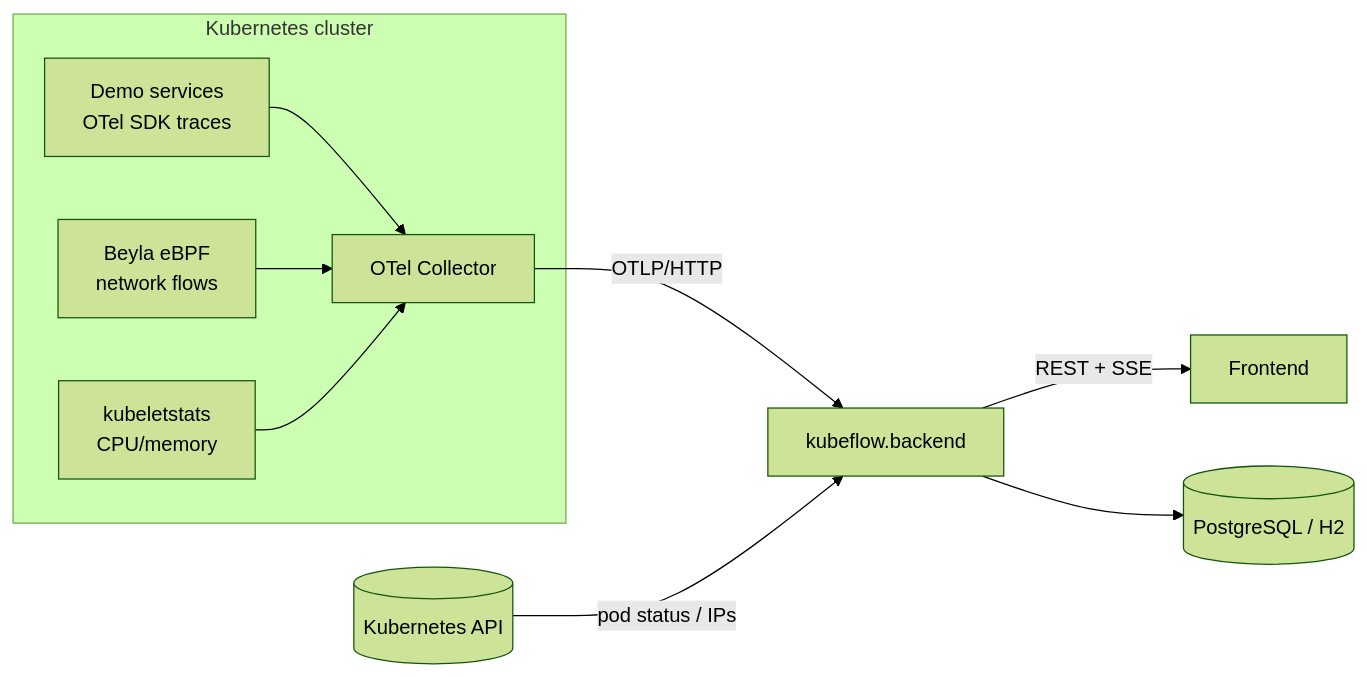
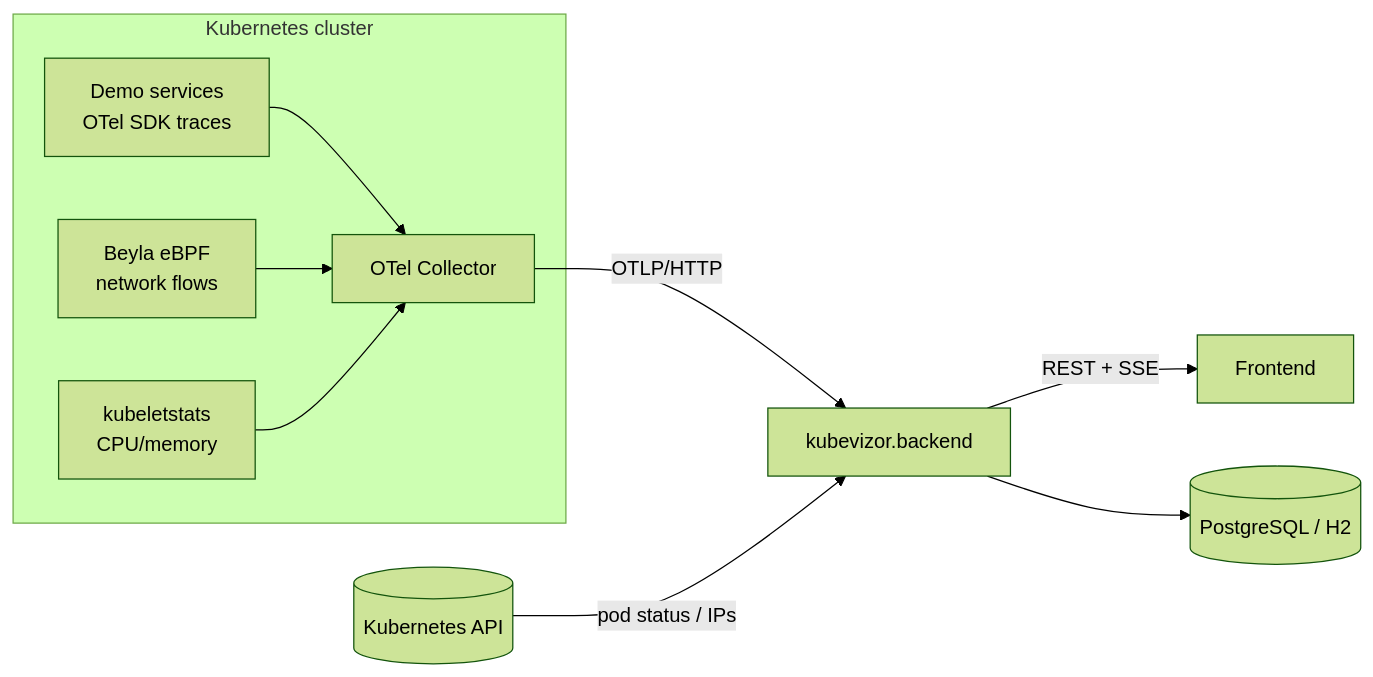
One commit to AL1ve1T/kubeflow.backend changed the diagram in docs/architecture.md. Above: the diagram before and after it, drawn with Mermaid (forest theme). The commit also changed other lines of this file and 128 other files, not shown here.

Commit message:
rename project from kubeflow to kubevizor, add MIT license

````diff
--- a/docs/architecture.md
+++ b/docs/architecture.md
@@ -16,16 +16,16 @@
 ```mermaid
 flowchart LR
     subgraph cluster[Kubernetes cluster]
         svc[Demo services\nOTel SDK traces]
         beyla[Beyla eBPF\nnetwork flows]
         kubelet[kubeletstats\nCPU/memory]
         otel[OTel Collector]
         svc --> otel
         beyla --> otel
         kubelet --> otel
     end
-    otel -->|OTLP/HTTP| backend[kubeflow.backend]
+    otel -->|OTLP/HTTP| backend[kubevizor.backend]
     k8sapi[(Kubernetes API)] -->|pod status / IPs| backend
     backend -->|REST + SSE| frontend[Frontend]
     backend --> db[(PostgreSQL / H2)]
 ```
````
